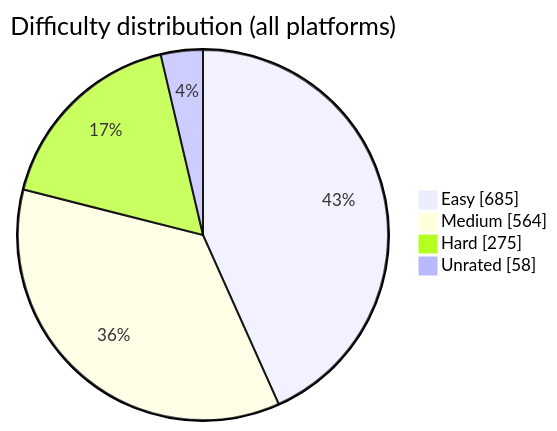
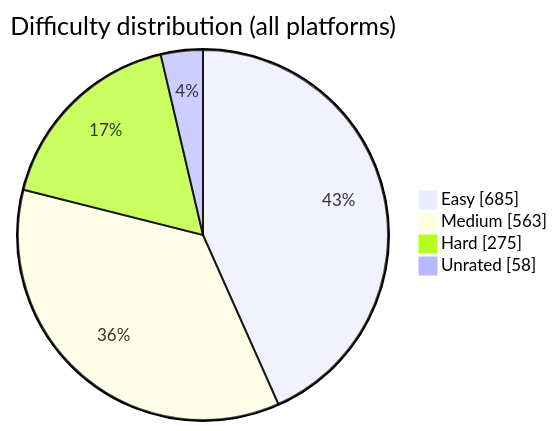
One commit to BuildbyArindam/Daily-Coding-Log changed the diagram in README.md. Above: the diagram before and after it, drawn with Mermaid. The commit also changed other lines of this file, not shown here.

````diff
--- a/README.md
+++ b/README.md
@@ -93,7 +93,7 @@
 ```mermaid
 pie showData title Difficulty distribution (all platforms)
     "Easy" : 685
-    "Medium" : 564
+    "Medium" : 563
     "Hard" : 275
     "Unrated" : 58
 ```
````
